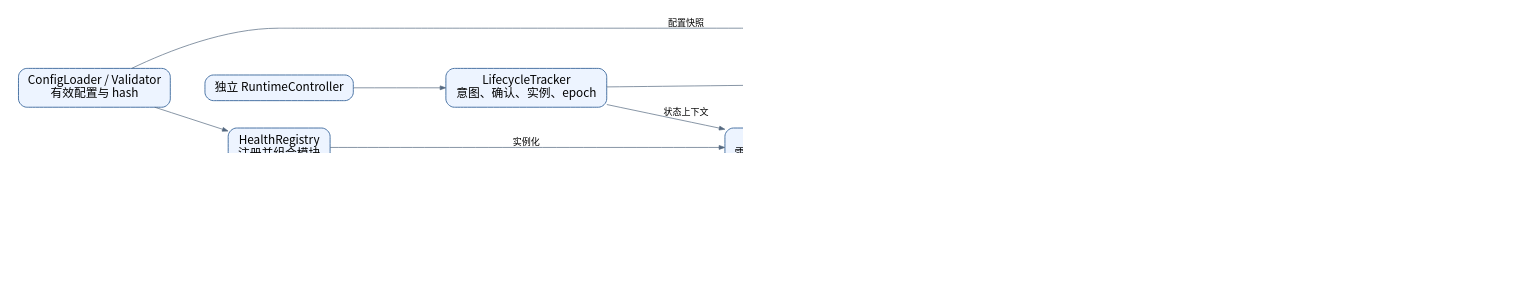
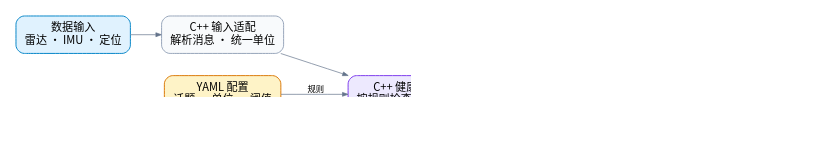
One commit to spacethroughing/Robot-Data-Health-Monitoring-Module changed the diagram in FAST_LIO/doc/ros1_workspace/flowcharts/health_v2_architecture.dot. Above: the diagram before and after it, drawn with Graphviz. The commit also changed 41 other files, not shown here.

Commit message:
docs: simplify health monitoring diagrams and wording

```diff
--- a/FAST_LIO/doc/ros1_workspace/flowcharts/health_v2_architecture.dot
+++ b/FAST_LIO/doc/ros1_workspace/flowcharts/health_v2_architecture.dot
@@ -1,31 +1,15 @@
 digraph G {
-graph [rankdir=LR, bgcolor="white", pad="0.35", nodesep="0.5", ranksep="0.65", fontname="Noto Sans CJK SC", dpi=150];
-node [shape=box, style="rounded,filled", fillcolor="#edf4ff", color="#4771a3", penwidth=1.4, fontname="Noto Sans CJK SC", fontsize=17, margin="0.18,0.12"];
-edge [color="#53677f", fontname="Noto Sans CJK SC", fontsize=13, arrowsize=0.8];
-Y [label="ConfigLoader / Validator\n有效配置与 hash", fillcolor="#edf4ff", shape=box];
-R [label="HealthRegistry\n注册并组合模块", fillcolor="#edf4ff", shape=box];
-I [label="ROS 消息 / 其他节点输出", fillcolor="#eff1f4", shape=box];
-A [label="IInputAdapter\n类型、单位、坐标、字段语义", fillcolor="#edf4ff", shape=box];
-C [label="IHealthChecker\n雷达 / IMU / 定位 / 感知 / 规划", fillcolor="#edf4ff", shape=box];
-S [label="共有 C++ 组件\nStream / Kinematics / Covariance / Clock", fillcolor="#edf4ff", shape=box];
-T [label="独立 RuntimeController", fillcolor="#edf4ff", shape=box];
-L [label="LifecycleTracker\n意图、确认、实例、epoch", fillcolor="#edf4ff", shape=box];
-W [label="RuleLatch / RecoveryGate\n周期异常保留与恢复", fillcolor="#edf4ff", shape=box];
-G [label="DependencyAggregator\n等级 + 业务有效性", fillcolor="#edf4ff", shape=box];
-O [label="DiagnosticPublisher\n通用面板 / 接收超时", fillcolor="#e5f6ee", shape=box];
-E [label="EventRecorder / MetricsRecorder\n可追溯日志", fillcolor="#e5f6ee", shape=box];
-Y -> R;
-R -> A [label="配置"];
-R -> C [label="实例化"];
-I -> A;
-A -> C [label="统一样本"];
-S -> C [label="组合"];
-T -> L;
-L -> C [label="状态上下文"];
-C -> W [label="规则结果"];
-W -> G;
-G -> O;
-W -> E;
-L -> E;
-Y -> E [label="配置快照"];
+  graph [rankdir=LR, bgcolor="white", pad="0.3", nodesep="0.45", ranksep="0.6", fontname="Noto Sans CJK SC", dpi=150];
+  node [shape=box, style="rounded,filled", fillcolor="#F8FAFC", color="#94A3B8", penwidth=1.4, fontname="Noto Sans CJK SC", fontsize=16, margin="0.18,0.12"];
+  edge [color="#64748B", fontname="Noto Sans CJK SC", fontsize=12, arrowsize=0.8];
+  input [label="数据输入\n雷达 · IMU · 定位", fillcolor="#E0F2FE", color="#0284C7"];
+  adapter [label="C++ 输入适配\n解析消息 · 统一单位"];
+  core [label="C++ 健康检查\n按规则检查每个模块", fillcolor="#EDE9FE", color="#7C3AED"];
+  aggregate [label="状态汇总\n模块等级 · 定位可用性"];
+  output [label="结果输出\nRViz · ROS 诊断 · JSONL/CSV", fillcolor="#DCFCE7", color="#16A34A"];
+  config [label="YAML 配置\n话题 · 单位 · 阈值", fillcolor="#FEF3C7", color="#D97706"];
+  runtime [label="运行控制\n启动 · 停止 · 重启", fillcolor="#F1F5F9"];
+  input -> adapter -> core -> aggregate -> output;
+  config -> core [label="规则"];
+  runtime -> core [label="运行状态"];
 }
```
